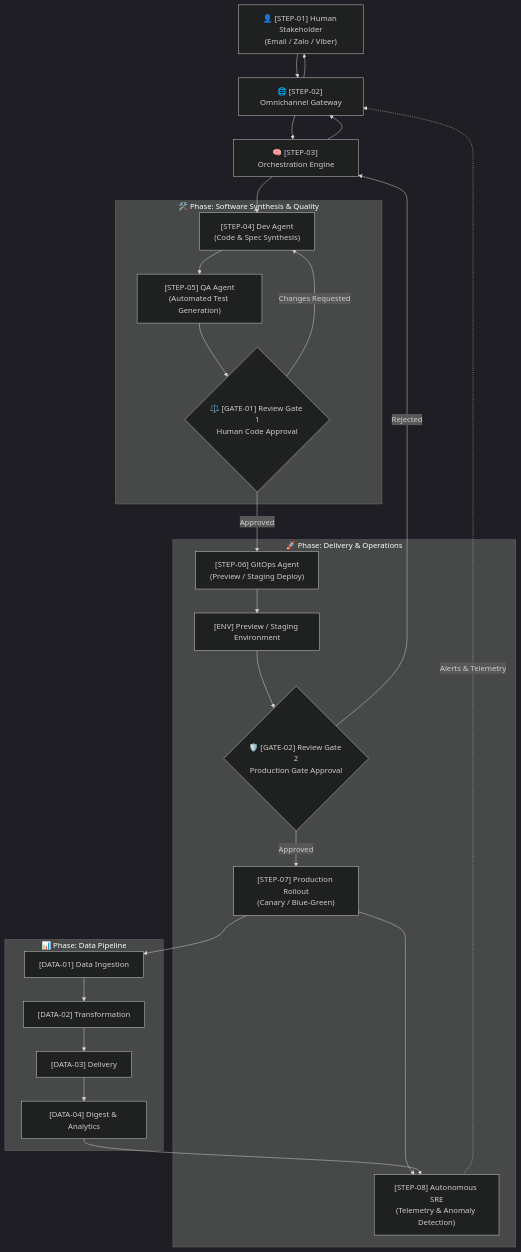
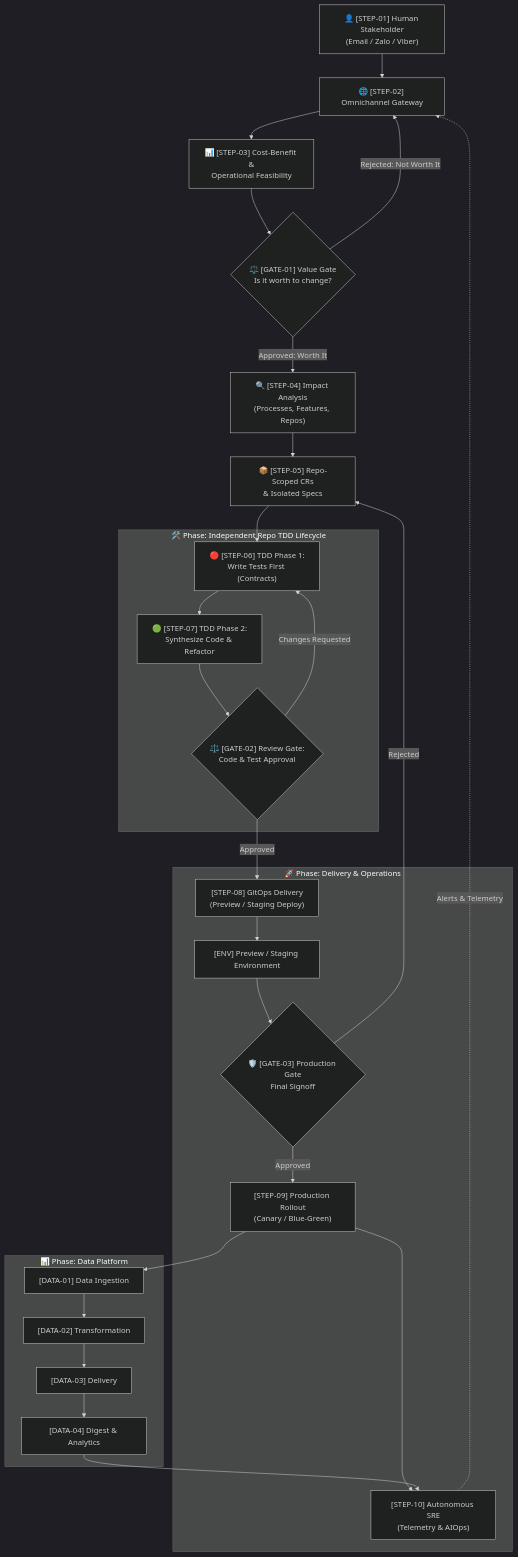
One commit to sonnormal/stratum-meta changed the diagram in docs/workflow.md. Above: the diagram before and after it, drawn with Mermaid (dark theme). The commit also changed other lines of this file and 1 other file, not shown here.

Commit message:
docs: integrate upfront cost-benefit analysis, value gate, impact analysis, repo-scoped CRs, and TDD

````diff
--- a/docs/workflow.md
+++ b/docs/workflow.md
@@ -9,54 +9,59 @@
 ```mermaid
 graph TD
     User["👤 [STEP-01] Human Stakeholder<br/>(Email / Zalo / Viber)"]
     Gateway["🌐 [STEP-02] Omnichannel Gateway"]
-    Orchestrator["🧠 [STEP-03] Orchestration Engine"]
+    CostBenefit["📊 [STEP-03] Cost-Benefit &<br/>Operational Feasibility"]
+    Gate1{"⚖️ [GATE-01] Value Gate<br/>Is it worth to change?"}
+    ImpactAnalysis["🔍 [STEP-04] Impact Analysis<br/>(Processes, Features, Repos)"]
+    RepoDispatch["📦 [STEP-05] Repo-Scoped CRs<br/>& Isolated Specs"]
 
     User --> Gateway
-    Gateway --> User
-    Gateway --> Orchestrator
-    Orchestrator --> Gateway
+    Gateway --> CostBenefit
+    CostBenefit --> Gate1
+    Gate1 -->|"Approved: Worth It"| ImpactAnalysis
+    Gate1 -->|"Rejected: Not Worth It"| Gateway
+    ImpactAnalysis --> RepoDispatch
 
-    subgraph DevLifecycle ["🛠️ Phase: Software Synthesis & Quality"]
-        DevAgent["[STEP-04] Dev Agent<br/>(Code & Spec Synthesis)"]
-        TestAgent["[STEP-05] QA Agent<br/>(Automated Test Generation)"]
-        ReviewGate1{"⚖️ [GATE-01] Review Gate 1<br/>Human Code Approval"}
+    subgraph TDDLifecycle ["🛠️ Phase: Independent Repo TDD Lifecycle"]
+        TestFirst["🔴 [STEP-06] TDD Phase 1:<br/>Write Tests First (Contracts)"]
+        CodeSynth["🟢 [STEP-07] TDD Phase 2:<br/>Synthesize Code & Refactor"]
+        Gate2{"⚖️ [GATE-02] Review Gate:<br/>Code & Test Approval"}
 
-        DevAgent --> TestAgent
-        TestAgent --> ReviewGate1
-        ReviewGate1 -->|"Changes Requested"| DevAgent
+        TestFirst --> CodeSynth
+        CodeSynth --> Gate2
+        Gate2 -->|"Changes Requested"| TestFirst
     end
 
-    Orchestrator --> DevAgent
-    ReviewGate1 -->|"Approved"| GitOpsAgent
+    RepoDispatch --> TestFirst
+    Gate2 -->|"Approved"| GitOpsAgent
 
     subgraph DeliveryOps ["🚀 Phase: Delivery & Operations"]
-        GitOpsAgent["[STEP-06] GitOps Agent<br/>(Preview / Staging Deploy)"]
+        GitOpsAgent["[STEP-08] GitOps Delivery<br/>(Preview / Staging Deploy)"]
         StagingDeploy["[ENV] Preview / Staging Environment"]
-        ReviewGate2{"🛡️ [GATE-02] Review Gate 2<br/>Production Gate Approval"}
-        ProdDeploy["[STEP-07] Production Rollout<br/>(Canary / Blue-Green)"]
-        AIOps["[STEP-08] Autonomous SRE<br/>(Telemetry & Anomaly Detection)"]
+        Gate3{"🛡️ [GATE-03] Production Gate<br/>Final Signoff"}
+        ProdDeploy["[STEP-09] Production Rollout<br/>(Canary / Blue-Green)"]
+        AIOps["[STEP-10] Autonomous SRE<br/>(Telemetry & AIOps)"]
 
         GitOpsAgent --> StagingDeploy
-        StagingDeploy --> ReviewGate2
-        ReviewGate2 -->|"Approved"| ProdDeploy
+        StagingDeploy --> Gate3
+        Gate3 -->|"Approved"| ProdDeploy
         ProdDeploy --> AIOps
     end
 
-    ReviewGate2 -->|"Rejected"| Orchestrator
+    Gate3 -->|"Rejected"| RepoDispatch
 
-    subgraph DataLifecycle ["📊 Phase: Data Pipeline"]
+    subgraph DataLifecycle ["📊 Phase: Data Platform"]
         Ingest["[DATA-01] Data Ingestion"]
         Transform["[DATA-02] Transformation"]
         Delivery["[DATA-03] Delivery"]
         Digest["[DATA-04] Digest & Analytics"]
 
         Ingest --> Transform
         Transform --> Delivery
         Delivery --> Digest
     end
 
     ProdDeploy --> Ingest
     Digest --> AIOps
     AIOps -.->|"Alerts & Telemetry"| Gateway
 ```
````
